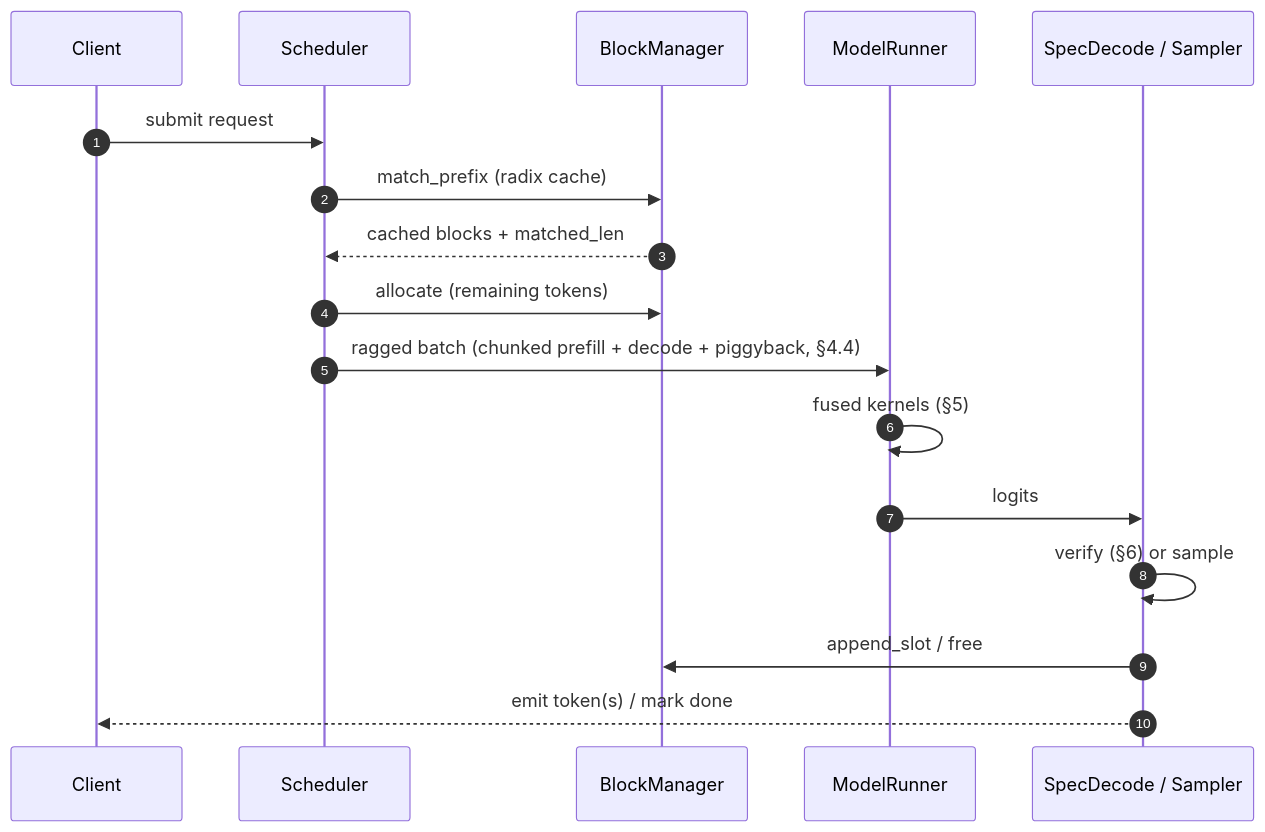
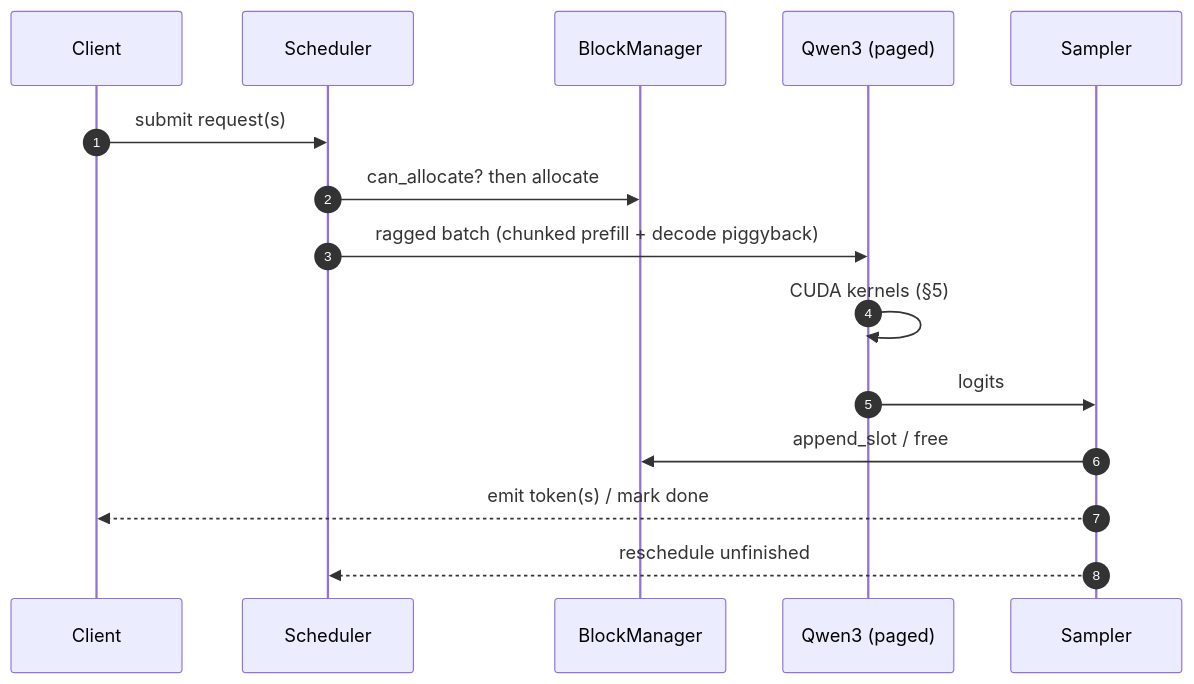
The second of 3 diagrams in DESIGN.md (RichardHuang2006/Mini-vLLM), drawn with Mermaid before and after one commit. The commit also changed other lines of this file and 14 other files, not shown here.

````diff
--- a/DESIGN.md
+++ b/DESIGN.md
@@ -338,20 +333,18 @@
 ```mermaid
 sequenceDiagram
     autonumber
     participant C as Client
     participant S as Scheduler
     participant B as BlockManager
-    participant M as ModelRunner
-    participant D as SpecDecode / Sampler
+    participant M as Qwen3 (paged)
+    participant D as Sampler
 
-    C->>S: submit request
-    S->>B: match_prefix (radix cache)
-    B-->>S: cached blocks + matched_len
-    S->>B: allocate (remaining tokens)
-    S->>M: ragged batch (chunked prefill + decode + piggyback, §4.4)
-    M->>M: fused kernels (§5)
+    C->>S: submit request(s)
+    S->>B: can_allocate? then allocate
+    S->>M: ragged batch (chunked prefill + decode piggyback)
+    M->>M: CUDA kernels (§5)
     M->>D: logits
-    D->>D: verify (§6) or sample
     D->>B: append_slot / free
     D-->>C: emit token(s) / mark done
+    D-->>S: reschedule unfinished
 ```
````
